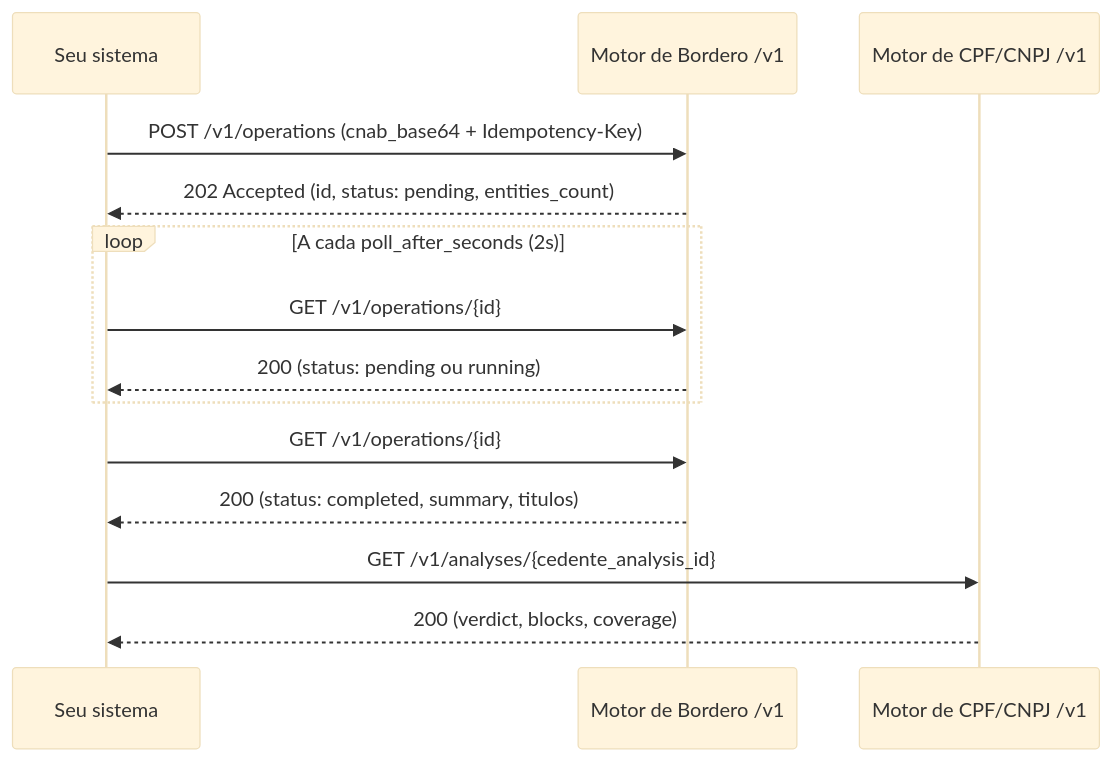
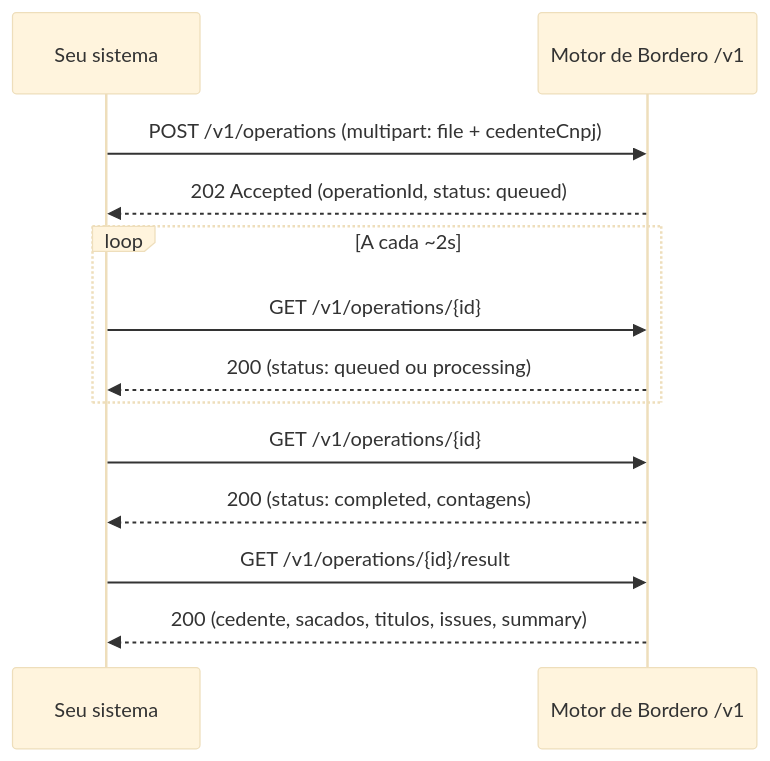
Before and after one commit to Sherlocker-LTDA/docs: the diagram in credito/introducao.mdx, drawn with Mermaid (base theme). The commit also changed other lines of this file and 20 other files, not shown here.

````diff
--- a/credito/introducao.mdx
+++ b/credito/introducao.mdx
@@ -27,16 +27,15 @@
 ```mermaid
 sequenceDiagram
     participant C as Seu sistema
     participant S as Motor de Bordero /v1
-    participant A as Motor de CPF/CNPJ /v1
-    C->>S: POST /v1/operations (cnab_base64 + Idempotency-Key)
-    S-->>C: 202 Accepted (id, status: pending, entities_count)
-    loop A cada poll_after_seconds (2s)
+    C->>S: POST /v1/operations (multipart: file + cedenteCnpj)
+    S-->>C: 202 Accepted (operationId, status: queued)
+    loop A cada ~2s
         C->>S: GET /v1/operations/{id}
-        S-->>C: 200 (status: pending ou running)
+        S-->>C: 200 (status: queued ou processing)
     end
     C->>S: GET /v1/operations/{id}
-    S-->>C: 200 (status: completed, summary, titulos)
-    C->>A: GET /v1/analyses/{cedente_analysis_id}
-    A-->>C: 200 (verdict, blocks, coverage)
+    S-->>C: 200 (status: completed, contagens)
+    C->>S: GET /v1/operations/{id}/result
+    S-->>C: 200 (cedente, sacados, titulos, issues, summary)
 ```
````
